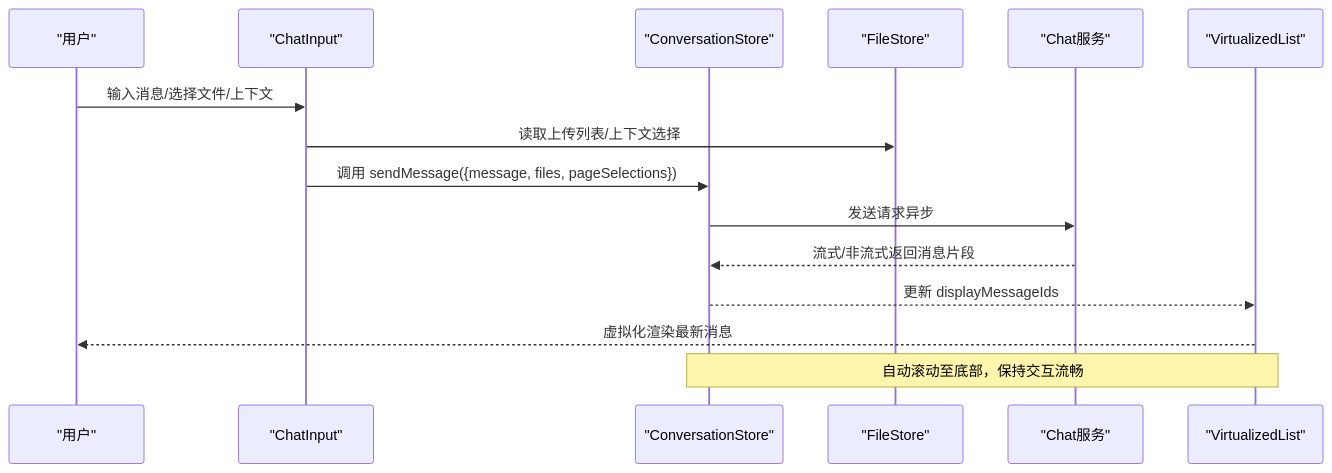
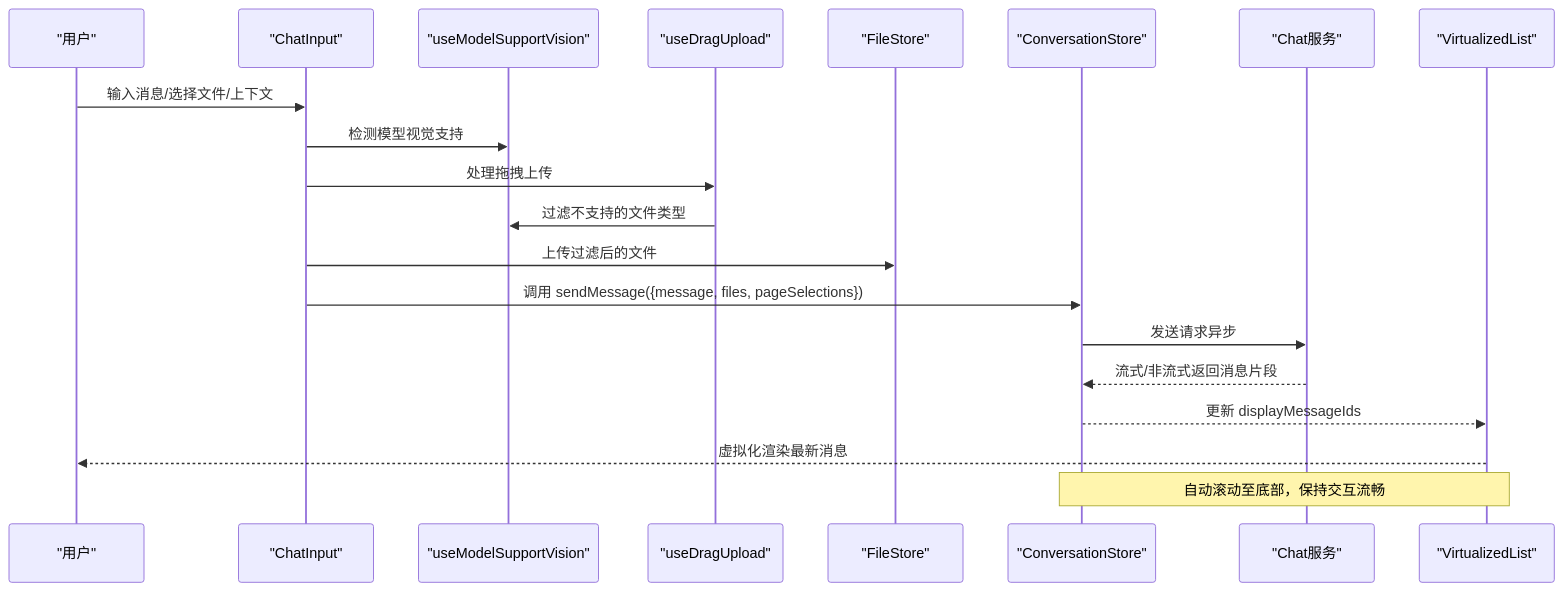
The second of 10 diagrams in .qoder/repowiki/zh/content/组件系统/业务功能组件/聊天交互组件/聊天交互组件.md (AvatoLabs/avato), drawn with Mermaid before and after one commit. The commit also changed other lines of this file and 50 other files, not shown here.

````diff
--- a/.qoder/repowiki/zh/content/组件系统/业务功能组件/聊天交互组件/聊天交互组件.md
+++ b/.qoder/repowiki/zh/content/组件系统/业务功能组件/聊天交互组件/聊天交互组件.md
@@ -164,17 +218,22 @@
 ```mermaid
 sequenceDiagram
 participant U as "用户"
 participant CI as "ChatInput"
+participant VSD as "useModelSupportVision"
+participant DUD as "useDragUpload"
+participant FS as "FileStore"
 participant CS as "ConversationStore"
-participant FS as "FileStore"
 participant CSrv as "Chat服务"
 participant VS as "VirtualizedList"
 U->>CI : 输入消息/选择文件/上下文
-CI->>FS : 读取上传列表/上下文选择
+CI->>VSD : 检测模型视觉支持
+CI->>DUD : 处理拖拽上传
+DUD->>VSD : 过滤不支持的文件类型
+CI->>FS : 上传过滤后的文件
 CI->>CS : 调用 sendMessage({message, files, pageSelections})
 CS->>CSrv : 发送请求异步
 CSrv-->>CS : 流式/非流式返回消息片段
 CS-->>VS : 更新 displayMessageIds
 VS-->>U : 虚拟化渲染最新消息
 note over CS,VS : 自动滚动至底部，保持交互流畅
 ```
````
